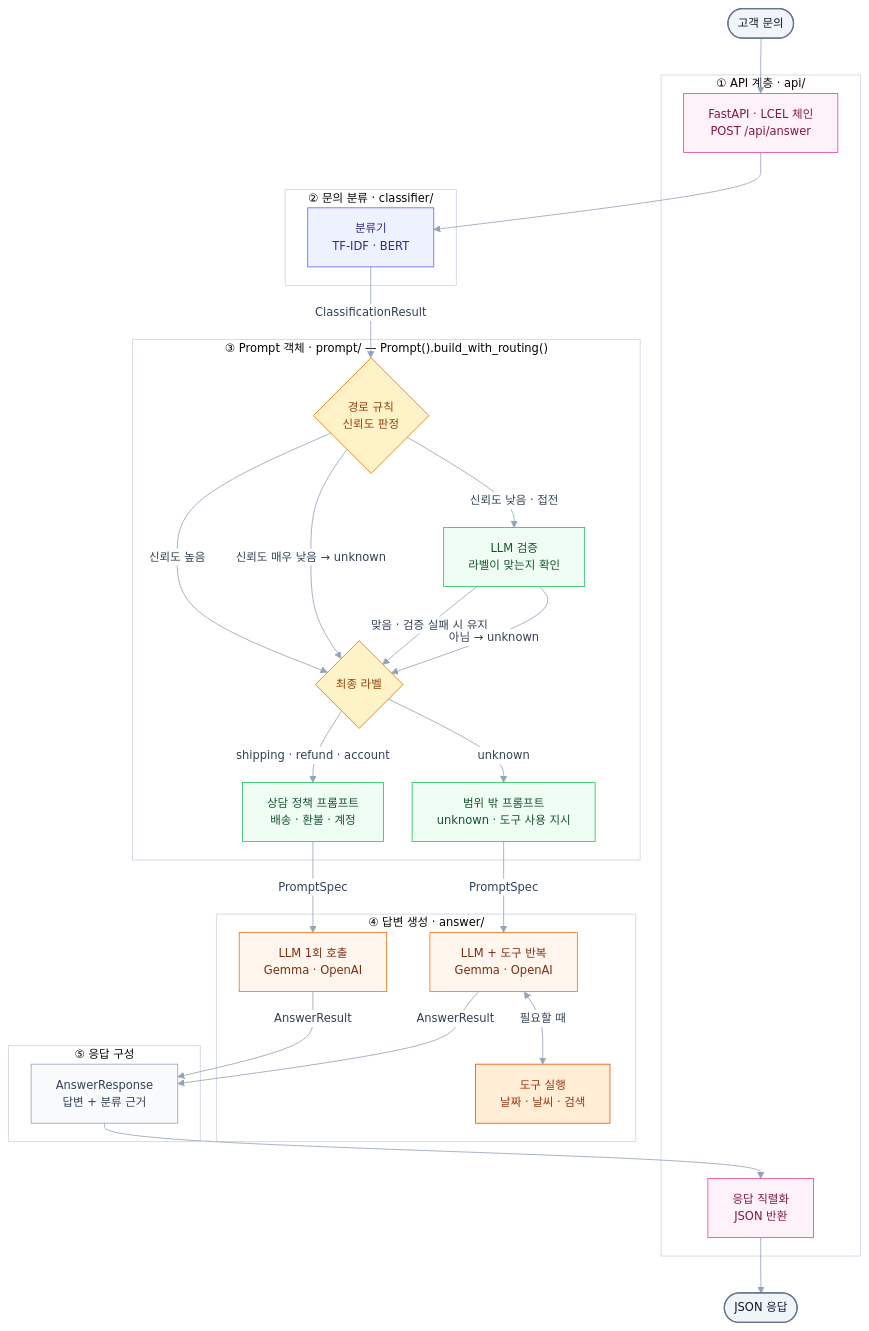
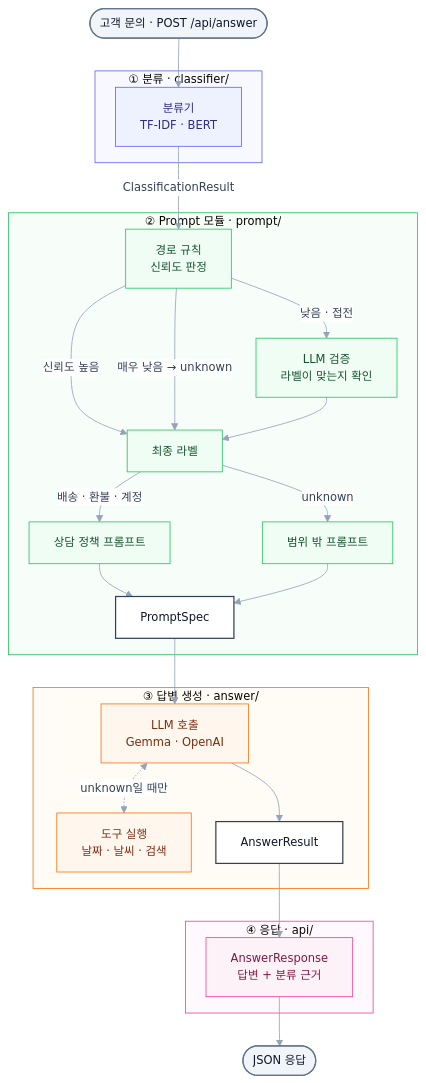
The diagram in README.md (theSealLLM/Seal_LLM), drawn with Mermaid before and after one commit.

Commit message:
docs: README 전체 흐름을 파이프라인 기준으로 다시 그림
- 큰 줄기는 문의 → ① 분류 → ② Prompt 모듈 → ③ 답변 생성 → ④ 응답 한 줄
- 모듈마다 결과는 하나 (ClassificationResult · PromptSpec · AnswerResult · AnswerResponse)
- 분기는 모듈 안에서만: Prompt 안에서 신뢰도 판정 · LLM 검증 · 프롬프트 선택,
  답변 생성 안에서 unknown일 때만 도구 실행
- 모듈별 배경 · 테두리 색으로 경계 표시

````diff
--- a/README.md
+++ b/README.md
@@ -9,66 +9,58 @@
 ```mermaid
-%%{init: {"theme": "base", "flowchart": {"htmlLabels": true, "curve": "basis", "nodeSpacing": 35, "rankSpacing": 45}, "themeVariables": {"fontSize": "14px", "lineColor": "#94A3B8", "clusterBkg": "#FFFFFF", "clusterBorder": "#CBD5E1", "edgeLabelBackground": "#FFFFFF", "primaryTextColor": "#334155"}}}%%
+%%{init: {"theme": "base", "flowchart": {"htmlLabels": true, "curve": "basis", "nodeSpacing": 30, "rankSpacing": 40}, "themeVariables": {"fontSize": "14px", "lineColor": "#94A3B8", "clusterBkg": "#FFFFFF", "clusterBorder": "#CBD5E1", "edgeLabelBackground": "#FFFFFF", "primaryTextColor": "#334155"}}}%%
 
 flowchart TD
-    IN(["고객 문의"]):::io
+    IN(["고객 문의 · POST /api/answer"]):::io
 
-    subgraph API_LAYER["① API 계층 · api/"]
-        API_IN["FastAPI · LCEL 체인<br/>POST /api/answer"]:::api
-        API_OUT["응답 직렬화<br/>JSON 반환"]:::api
-    end
-
-    subgraph CLASSIFY["② 문의 분류 · classifier/"]
+    subgraph CLASSIFY["① 분류 · classifier/"]
         CLS["분류기<br/>TF-IDF · BERT"]:::cls
     end
 
-    subgraph PROMPT["③ Prompt 객체 · prompt/  —  Prompt().build_with_routing()"]
-        ROUTER{"경로 규칙<br/>신뢰도 판정"}:::decision
+    subgraph PROMPT["② Prompt 모듈 · prompt/"]
+        ROUTER["경로 규칙<br/>신뢰도 판정"]:::prm
         VERIFY["LLM 검증<br/>라벨이 맞는지 확인"]:::prm
-        SELECT{"최종 라벨"}:::decision
-        POLICY["상담 정책 프롬프트<br/>배송 · 환불 · 계정"]:::prm
-        UNKNOWN["범위 밖 프롬프트<br/>unknown · 도구 사용 지시"]:::prm
+        LABEL["최종 라벨"]:::prm
+        POLICY["상담 정책 프롬프트"]:::prm
+        UNKNOWN["범위 밖 프롬프트"]:::prm
+        SPEC["PromptSpec"]:::out
+        ROUTER -->|신뢰도 높음| LABEL
+        ROUTER -->|낮음 · 접전| VERIFY
+        ROUTER -->|매우 낮음 → unknown| LABEL
+        VERIFY --> LABEL
+        LABEL -->|배송 · 환불 · 계정| POLICY
+        LABEL -->|unknown| UNKNOWN
+        POLICY --> SPEC
+        UNKNOWN --> SPEC
     end
 
-    subgraph GENERATION["④ 답변 생성 · answer/"]
-        LLM["LLM 1회 호출<br/>Gemma · OpenAI"]:::ans
-        LLM_T["LLM + 도구 반복<br/>Gemma · OpenAI"]:::ans
-        EXEC["도구 실행<br/>날짜 · 날씨 · 검색"]:::tool
+    subgraph GENERATION["③ 답변 생성 · answer/"]
+        GEN["LLM 호출<br/>Gemma · OpenAI"]:::ans
+        EXEC["도구 실행<br/>날짜 · 날씨 · 검색"]:::ans
+        RESULT["AnswerResult"]:::out
+        GEN <-.->|unknown일 때만| EXEC
+        GEN --> RESULT
     end
 
-    subgraph RESPONSE["⑤ 응답 구성"]
-        BUILD["AnswerResponse<br/>답변 + 분류 근거"]:::data
+    subgraph RESPONSE["④ 응답 · api/"]
+        BUILD["AnswerResponse<br/>답변 + 분류 근거"]:::api
     end
 
     OUT(["JSON 응답"]):::io
 
-    IN --> API_IN
-    API_IN --> CLS
+    IN --> CLS
     CLS -->|ClassificationResult| ROUTER
+    SPEC --> GEN
+    RESULT --> BUILD
+    BUILD --> OUT
 
-    ROUTER -->|신뢰도 높음| SELECT
-    ROUTER -->|신뢰도 낮음 · 접전| VERIFY
-    ROUTER -->|신뢰도 매우 낮음 → unknown| SELECT
-    VERIFY -->|맞음 · 검증 실패 시 유지| SELECT
-    VERIFY -->|아님 → unknown| SELECT
-
-    SELECT -->|shipping · refund · account| POLICY
-    SELECT -->|unknown| UNKNOWN
-
-    POLICY -->|PromptSpec| LLM
-    UNKNOWN -->|PromptSpec| LLM_T
-    LLM_T <-->|필요할 때| EXEC
-
-    LLM -->|AnswerResult| BUILD
-    LLM_T -->|AnswerResult| BUILD
-    BUILD --> API_OUT
-    API_OUT --> OUT
-
+    style CLASSIFY fill:#F8F9FF,stroke:#6366F1
+    style PROMPT fill:#F7FEF9,stroke:#22C55E
+    style GENERATION fill:#FFFBF5,stroke:#F97316
+    style RESPONSE fill:#FFF8FC,stroke:#EC4899
     classDef io fill:#F1F5F9,stroke:#64748B,color:#0F172A,stroke-width:1.5px
-    classDef api fill:#FDF2F8,stroke:#EC4899,color:#831843
     classDef cls fill:#EEF2FF,stroke:#6366F1,color:#312E81
     classDef prm fill:#F0FDF4,stroke:#22C55E,color:#14532D
     classDef ans fill:#FFF7ED,stroke:#F97316,color:#7C2D12
-    classDef tool fill:#FFEDD5,stroke:#EA580C,color:#9A3412
-    classDef data fill:#F8FAFC,stroke:#94A3B8,color:#334155
-    classDef decision fill:#FEF3C7,stroke:#D97706,color:#92400E
+    classDef api fill:#FDF2F8,stroke:#EC4899,color:#831843
+    classDef out fill:#FFFFFF,stroke:#334155,color:#0F172A,stroke-width:1.5px
 ```
````
